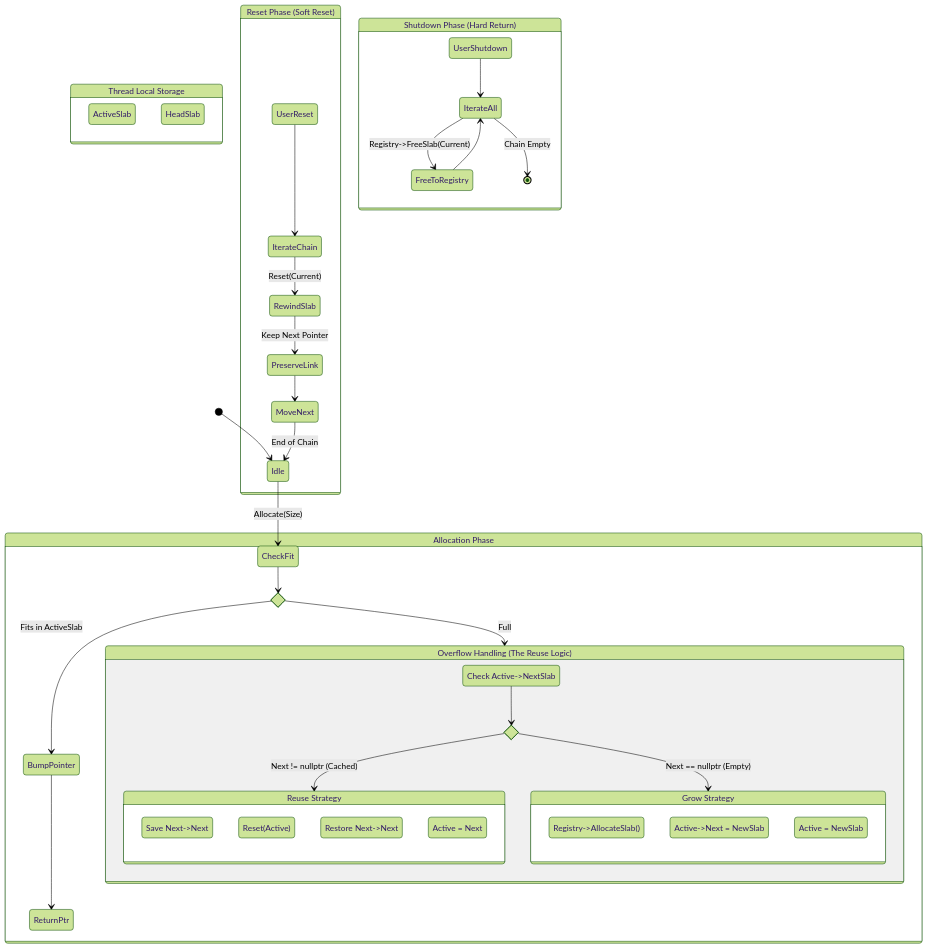
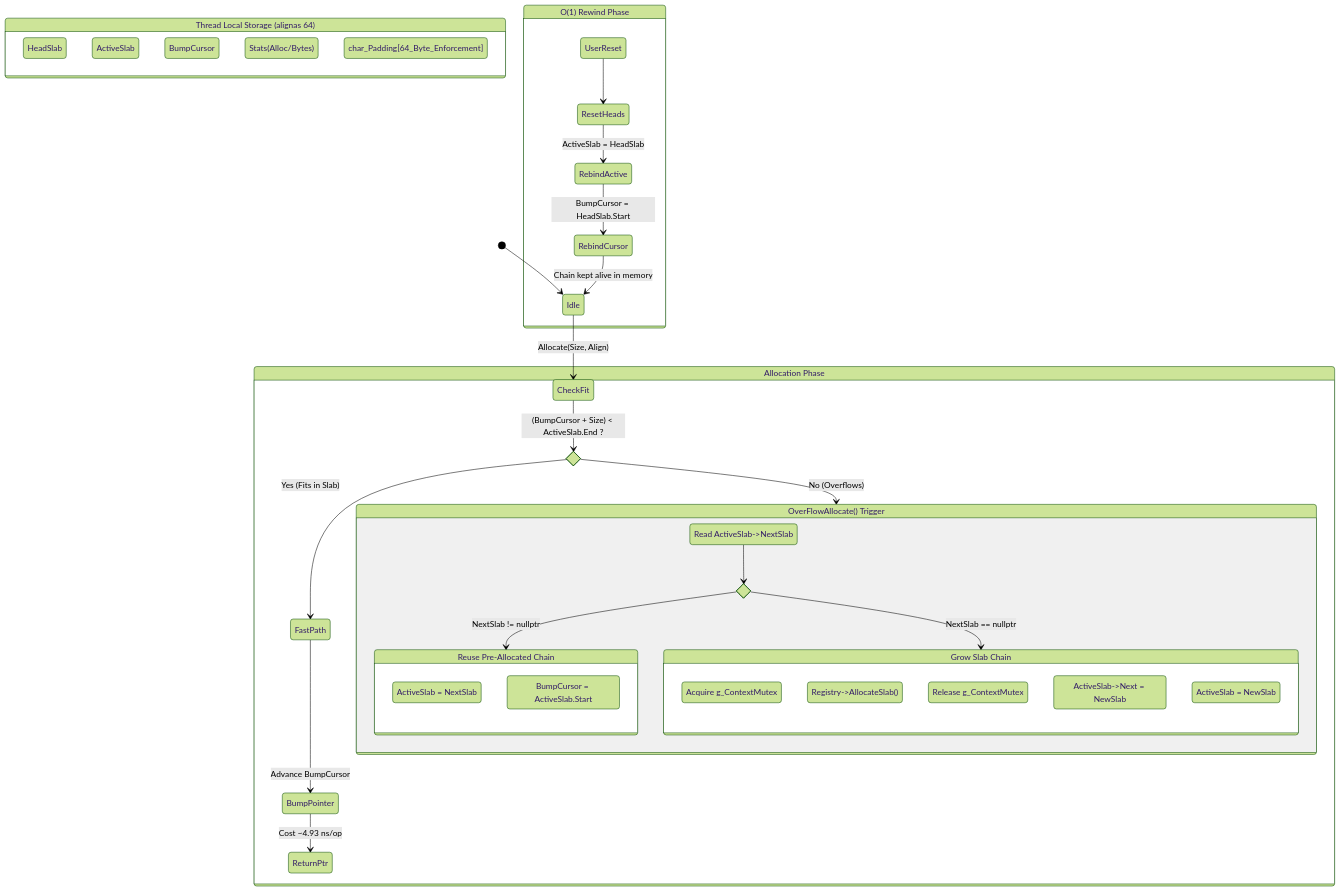
Before and after one commit to Za-Coding-Paradox/Custom-Memory-Allocator: the diagram in documentation/mermaid/linear_module.mmd, drawn with Mermaid (forest theme). The commit also changed 41 other files, not shown here.

```diff
--- a/documentation/mermaid/linear_module.mmd
+++ b/documentation/mermaid/linear_module.mmd
@@ -1,56 +1,53 @@
 stateDiagram-v2
-    state "Thread Local Storage" as TLS {
+    state "Thread Local Storage (alignas 64)" as TLS {
+        HeadSlab
         ActiveSlab
-        HeadSlab
+        BumpCursor
+        Stats(Alloc/Bytes)
+        char_Padding[64_Byte_Enforcement]
     }
 
     [*] --> Idle
 
     state "Allocation Phase" as Alloc {
-        Idle --> CheckFit : Allocate(Size)
+        Idle --> CheckFit : Allocate(Size, Align)
         
         state fit_check <<choice>>
-        CheckFit --> fit_check
-        fit_check --> BumpPointer : Fits in ActiveSlab
-        fit_check --> Overflow : Full
+        CheckFit --> fit_check : (BumpCursor + Size) < ActiveSlab.End ?
         
-        BumpPointer --> ReturnPtr
+        fit_check --> FastPath : Yes (Fits in Slab)
+        fit_check --> SlowPath : No (Overflows)
         
-        state "Overflow Handling (The Reuse Logic)" as Overflow {
-            CheckNext : Check Active->NextSlab
+        FastPath --> BumpPointer : Advance BumpCursor
+        BumpPointer --> ReturnPtr : Cost ~4.93 ns/op
+        
+        state "OverFlowAllocate() Trigger" as SlowPath {
+            CheckNext : Read ActiveSlab->NextSlab
             
             state next_branch <<choice>>
             CheckNext --> next_branch
             
-            next_branch --> Reuse : Next != nullptr (Cached)
-            next_branch --> Grow : Next == nullptr (Empty)
+            next_branch --> Reuse : NextSlab != nullptr
+            next_branch --> Grow : NextSlab == nullptr
             
-            state "Reuse Strategy" as Reuse {
-                SaveLink : Save Next->Next
-                ResetActive : Reset(Active)
-                RestoreLink : Restore Next->Next
-                Advance : Active = Next
+            state "Reuse Pre-Allocated Chain" as Reuse {
+                AdvanceActive : ActiveSlab = NextSlab
+                ResetCursor : BumpCursor = ActiveSlab.Start
             }
             
-            state "Grow Strategy" as Grow {
-                ReqRegistry : Registry->AllocateSlab()
-                Attach : Active->Next = NewSlab
-                AdvanceNew : Active = NewSlab
+            state "Grow Slab Chain" as Grow {
+                LockReg : Acquire g_ContextMutex
+                ReqReg : Registry->AllocateSlab()
+                UnlockReg : Release g_ContextMutex
+                Attach : ActiveSlab->Next = NewSlab
+                AdvanceNew : ActiveSlab = NewSlab
             }
         }
     }
 
-    state "Reset Phase (Soft Reset)" as Reset {
-        UserReset --> IterateChain
-        IterateChain --> RewindSlab : Reset(Current)
-        RewindSlab --> PreserveLink : Keep Next Pointer
-        PreserveLink --> MoveNext
-        MoveNext --> Idle : End of Chain
+    state "O(1) Rewind Phase" as Reset {
+        UserReset --> ResetHeads
+        ResetHeads --> RebindActive : ActiveSlab = HeadSlab
+        RebindActive --> RebindCursor : BumpCursor = HeadSlab.Start
+        RebindCursor --> Idle : Chain kept alive in memory
     }
-
-    state "Shutdown Phase (Hard Return)" as Shutdown {
-        UserShutdown --> IterateAll
-        IterateAll --> FreeToRegistry : Registry->FreeSlab(Current)
-        FreeToRegistry --> IterateAll
-        IterateAll --> [*] : Chain Empty
-    }
```
